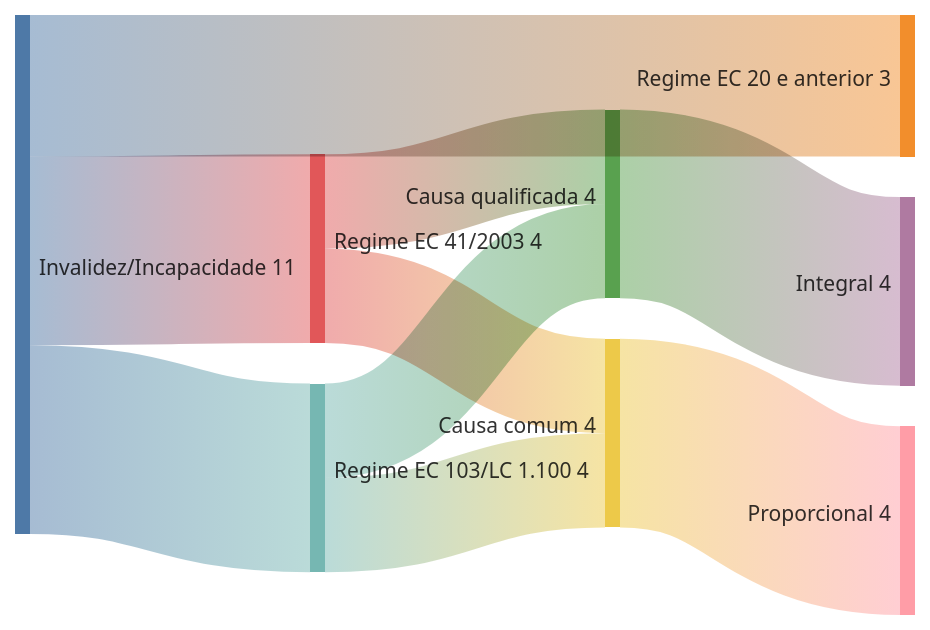
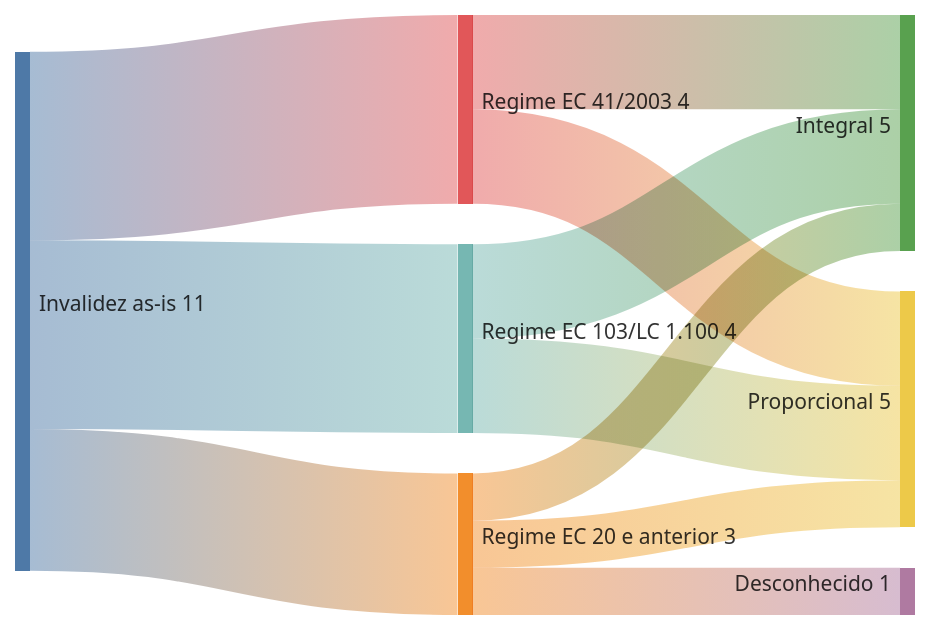
Before and after one commit to franklinbaldo/sisprev: the fifth of 6 diagrams in docs/rfc/0002-selecao-explicavel-pos-anamnese.md, drawn with Mermaid. The commit also changed other lines of this file and 2 other files, not shown here.

````diff
--- a/docs/rfc/0002-selecao-explicavel-pos-anamnese.md
+++ b/docs/rfc/0002-selecao-explicavel-pos-anamnese.md
@@ -213,12 +221,13 @@
 ```mermaid
 sankey-beta
-Invalidez/Incapacidade,Regime EC 20 e anterior,3
-Invalidez/Incapacidade,Regime EC 41/2003,4
-Invalidez/Incapacidade,Regime EC 103/LC 1.100,4
-Regime EC 41/2003,Causa qualificada,2
-Regime EC 41/2003,Causa comum,2
-Regime EC 103/LC 1.100,Causa qualificada,2
-Regime EC 103/LC 1.100,Causa comum,2
-Causa qualificada,Integral,4
-Causa comum,Proporcional,4
+Invalidez as-is,Regime EC 20 e anterior,3
+Invalidez as-is,Regime EC 41/2003,4
+Invalidez as-is,Regime EC 103/LC 1.100,4
+Regime EC 20 e anterior,Integral,1
+Regime EC 20 e anterior,Proporcional,1
+Regime EC 20 e anterior,Desconhecido,1
+Regime EC 41/2003,Integral,2
+Regime EC 41/2003,Proporcional,2
+Regime EC 103/LC 1.100,Integral,2
+Regime EC 103/LC 1.100,Proporcional,2
 ```
````
